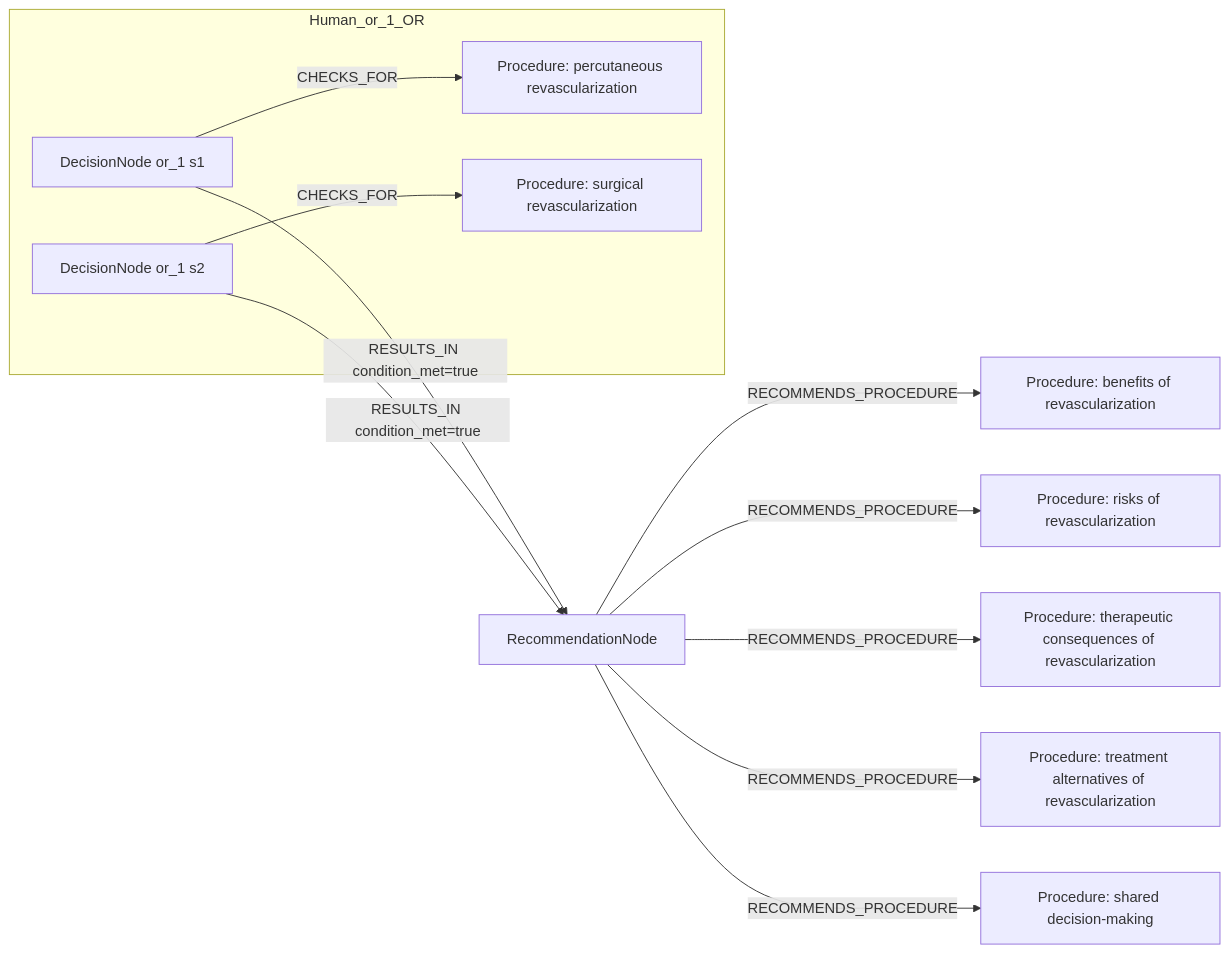
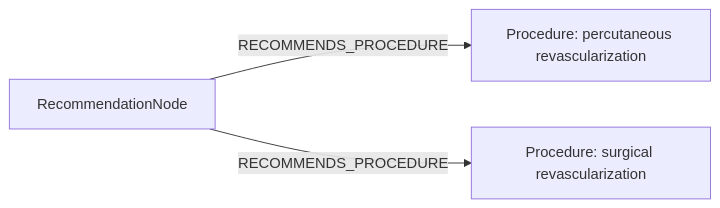
The first of 2 diagrams in docs/table22_rows_comparison/row_01.md (dieterich-lab/CardioGuidelinesGraph), drawn with Mermaid before and after one commit. The commit also changed other lines of this file and 20 other files, not shown here.

````diff
--- a/docs/table22_rows_comparison/row_01.md
+++ b/docs/table22_rows_comparison/row_01.md
@@ -196,24 +313,8 @@
 ```mermaid
 graph LR
   REC[RecommendationNode]
-  ACT1[Procedure: benefits of revascularization]
+  ACT1[Procedure: percutaneous revascularization]
   REC -->|RECOMMENDS_PROCEDURE| ACT1
-  ACT2[Procedure: risks of revascularization]
+  ACT2[Procedure: surgical revascularization]
   REC -->|RECOMMENDS_PROCEDURE| ACT2
-  ACT3[Procedure: therapeutic consequences of revascularization]
-  REC -->|RECOMMENDS_PROCEDURE| ACT3
-  ACT4[Procedure: treatment alternatives of revascularization]
-  REC -->|RECOMMENDS_PROCEDURE| ACT4
-  ACT5[Procedure: shared decision-making]
-  REC -->|RECOMMENDS_PROCEDURE| ACT5
-  subgraph Human_or_1_OR
-    D_or_1_1[DecisionNode or_1 s1]
-    C_or_1_1[Procedure: percutaneous revascularization]
-    D_or_1_1 -->|CHECKS_FOR| C_or_1_1
-    D_or_1_2[DecisionNode or_1 s2]
-    C_or_1_2[Procedure: surgical revascularization]
-    D_or_1_2 -->|CHECKS_FOR| C_or_1_2
-  end
-  D_or_1_1 -->|RESULTS_IN condition_met=true| REC
-  D_or_1_2 -->|RESULTS_IN condition_met=true| REC
 ```
````
